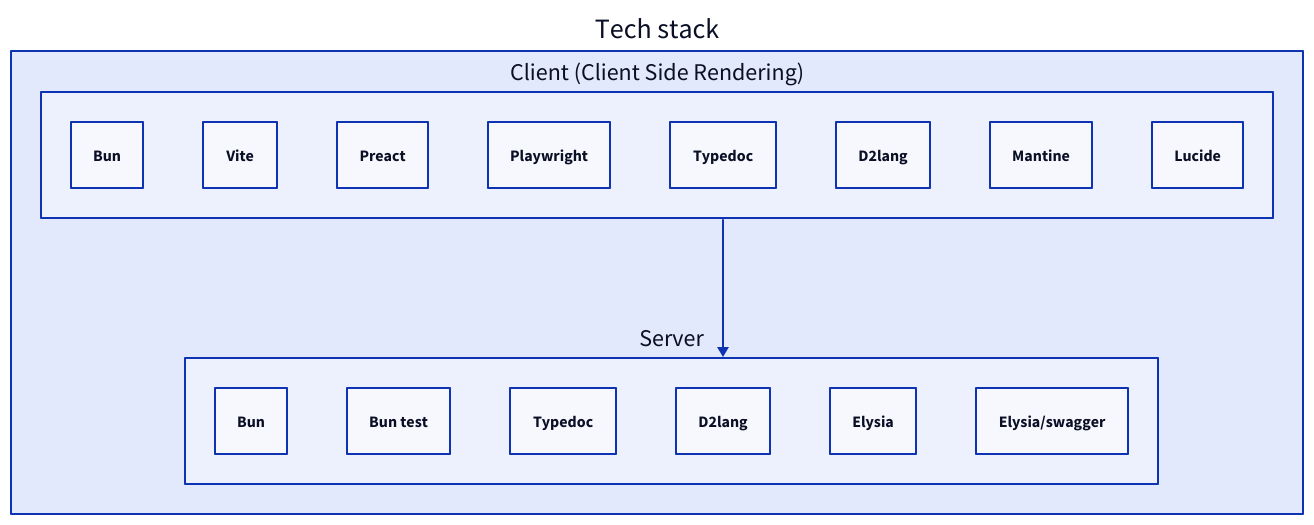
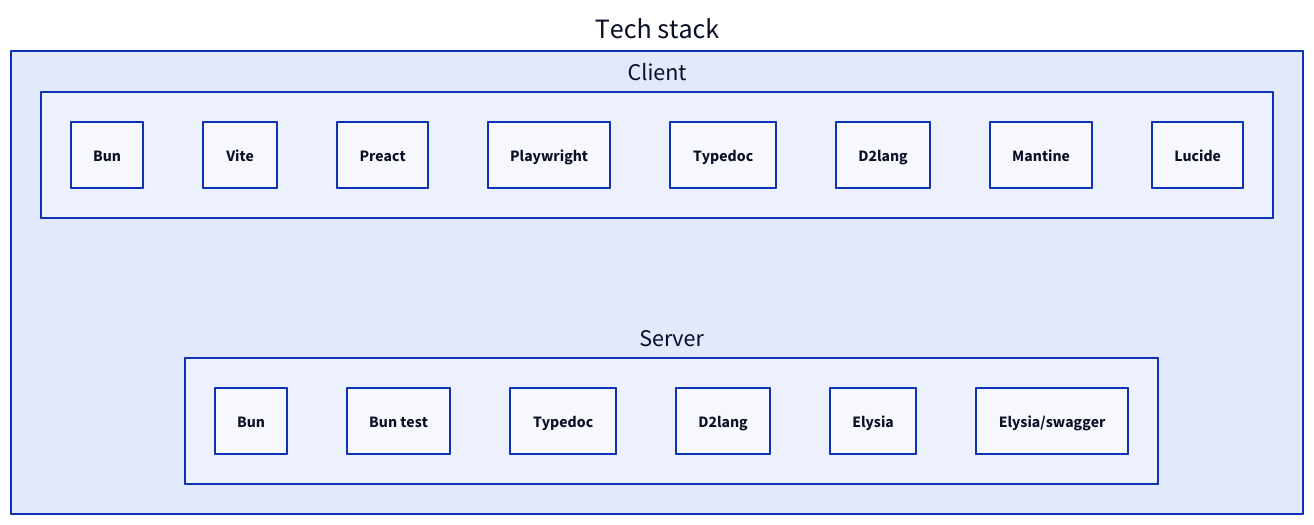
One commit to nicolasventer/React-Project-Template changed the diagram in misc/d2/tech_stack.d2. Above: the diagram before and after it, drawn with D2. The commit also changed 116 other files, not shown here.

```diff
--- a/misc/d2/tech_stack.d2
+++ b/misc/d2/tech_stack.d2
@@ -1,22 +1,21 @@
 Tech stack: {
-  Client: "Client (Client Side Rendering)"
   Client: {
     Bun
     Vite
     Preact
     Playwright
     Typedoc
     D2lang
     Mantine
     Lucide
   }
-  Client -> Server
+  Client -> Server: {style: {opacity: 0}}
   Server: {
     Bun
     Bun test
     Typedoc
     D2lang
     Elysia
     Elysia/swagger
   }
 }
```
